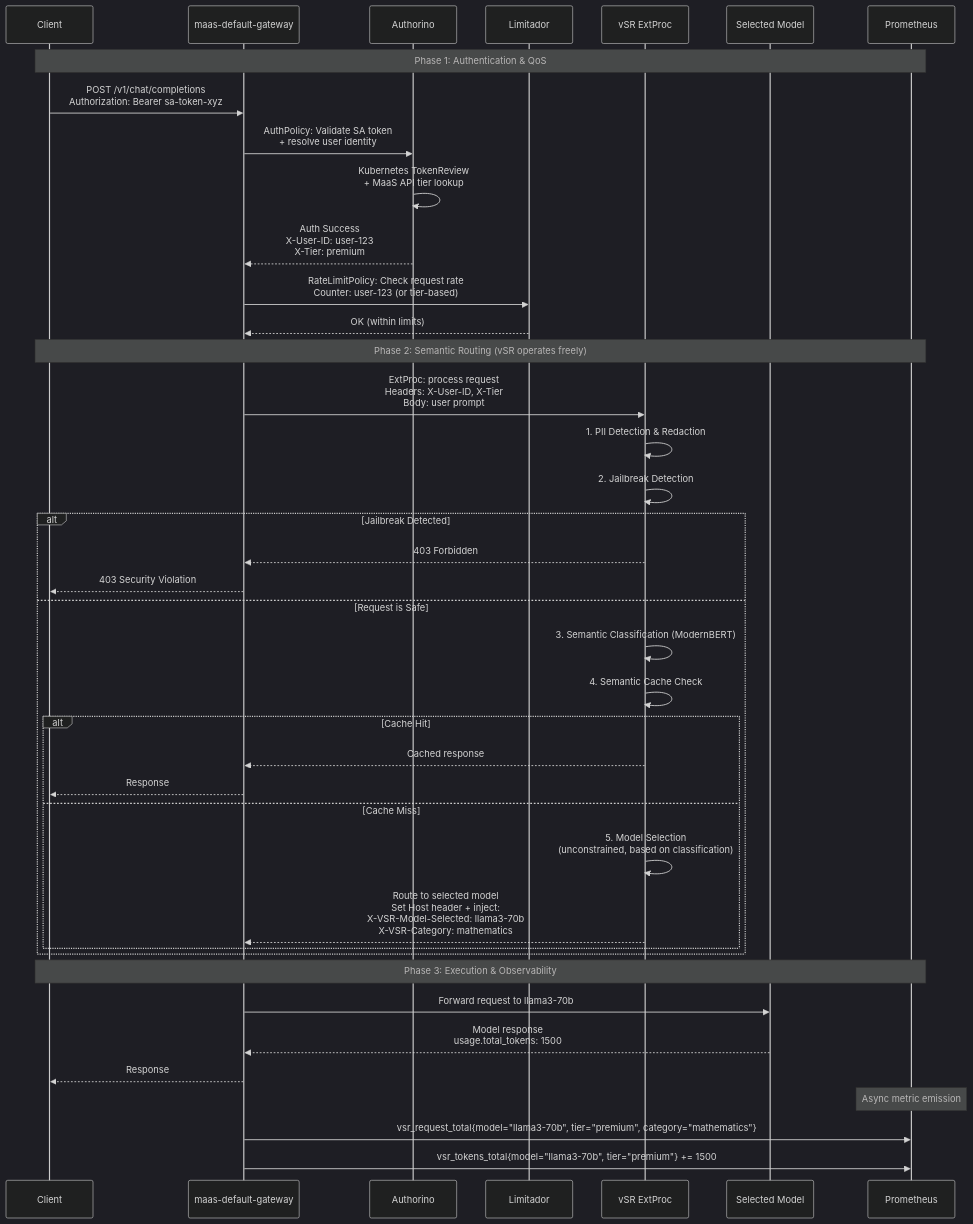
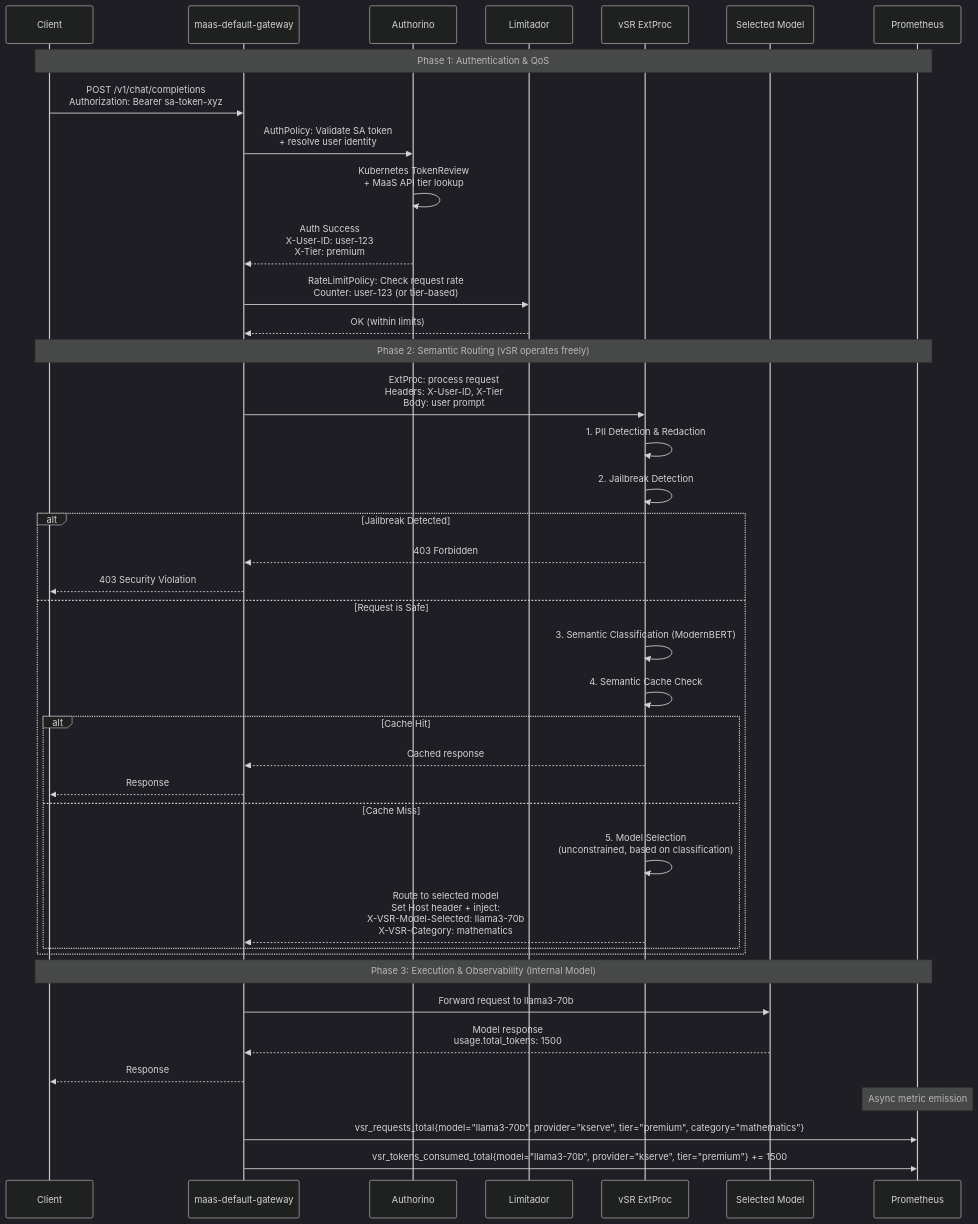
One commit to noyitz/maas-designs changed the fourth of 9 diagrams in vsr-maas-integration/phase-1-design-v1.2.md. Above: the diagram before and after it, drawn with Mermaid (dark theme). The commit also changed other lines of this file, not shown here.

First line of the commit message:
Add egress and external model support to Phase 1 design

````diff
--- a/vsr-maas-integration/phase-1-design-v1.2.md
+++ b/vsr-maas-integration/phase-1-design-v1.2.md
@@ -166,54 +181,54 @@
 ```mermaid
 sequenceDiagram
     participant Client
     participant Gateway as maas-default-gateway
     participant Authorino
     participant Limitador
     participant vSR as vSR ExtProc
     participant KServe as Selected Model
     participant Prometheus
 
     Note over Client,Prometheus: Phase 1: Authentication & QoS
 
     Client->>Gateway: POST /v1/chat/completions<br/>Authorization: Bearer sa-token-xyz
 
     Gateway->>Authorino: AuthPolicy: Validate SA token<br/>+ resolve user identity
     Authorino->>Authorino: Kubernetes TokenReview<br/>+ MaaS API tier lookup
     Authorino-->>Gateway: Auth Success<br/>X-User-ID: user-123<br/>X-Tier: premium
 
     Gateway->>Limitador: RateLimitPolicy: Check request rate<br/>Counter: user-123 (or tier-based)
     Limitador-->>Gateway: OK (within limits)
 
     Note over Client,Prometheus: Phase 2: Semantic Routing (vSR operates freely)
 
     Gateway->>vSR: ExtProc: process request<br/>Headers: X-User-ID, X-Tier<br/>Body: user prompt
 
     vSR->>vSR: 1. PII Detection & Redaction
     vSR->>vSR: 2. Jailbreak Detection
 
     alt Jailbreak Detected
         vSR-->>Gateway: 403 Forbidden
         Gateway-->>Client: 403 Security Violation
     else Request is Safe
         vSR->>vSR: 3. Semantic Classification (ModernBERT)
         vSR->>vSR: 4. Semantic Cache Check
         alt Cache Hit
             vSR-->>Gateway: Cached response
             Gateway-->>Client: Response
         else Cache Miss
             vSR->>vSR: 5. Model Selection<br/>(unconstrained, based on classification)
             vSR-->>Gateway: Route to selected model<br/>Set Host header + inject:<br/>X-VSR-Model-Selected: llama3-70b<br/>X-VSR-Category: mathematics
         end
     end
 
-    Note over Client,Prometheus: Phase 3: Execution & Observability
+    Note over Client,Prometheus: Phase 3: Execution & Observability (Internal Model)
 
     Gateway->>KServe: Forward request to llama3-70b
     KServe-->>Gateway: Model response<br/>usage.total_tokens: 1500
 
     Gateway-->>Client: Response
 
     Note over Prometheus: Async metric emission
-    Gateway->>Prometheus: vsr_request_total{model="llama3-70b", tier="premium", category="mathematics"}
-    Gateway->>Prometheus: vsr_tokens_total{model="llama3-70b", tier="premium"} += 1500
+    Gateway->>Prometheus: vsr_requests_total{model="llama3-70b", provider="kserve", tier="premium", category="mathematics"}
+    Gateway->>Prometheus: vsr_tokens_consumed_total{model="llama3-70b", provider="kserve", tier="premium"} += 1500
 ```
````
